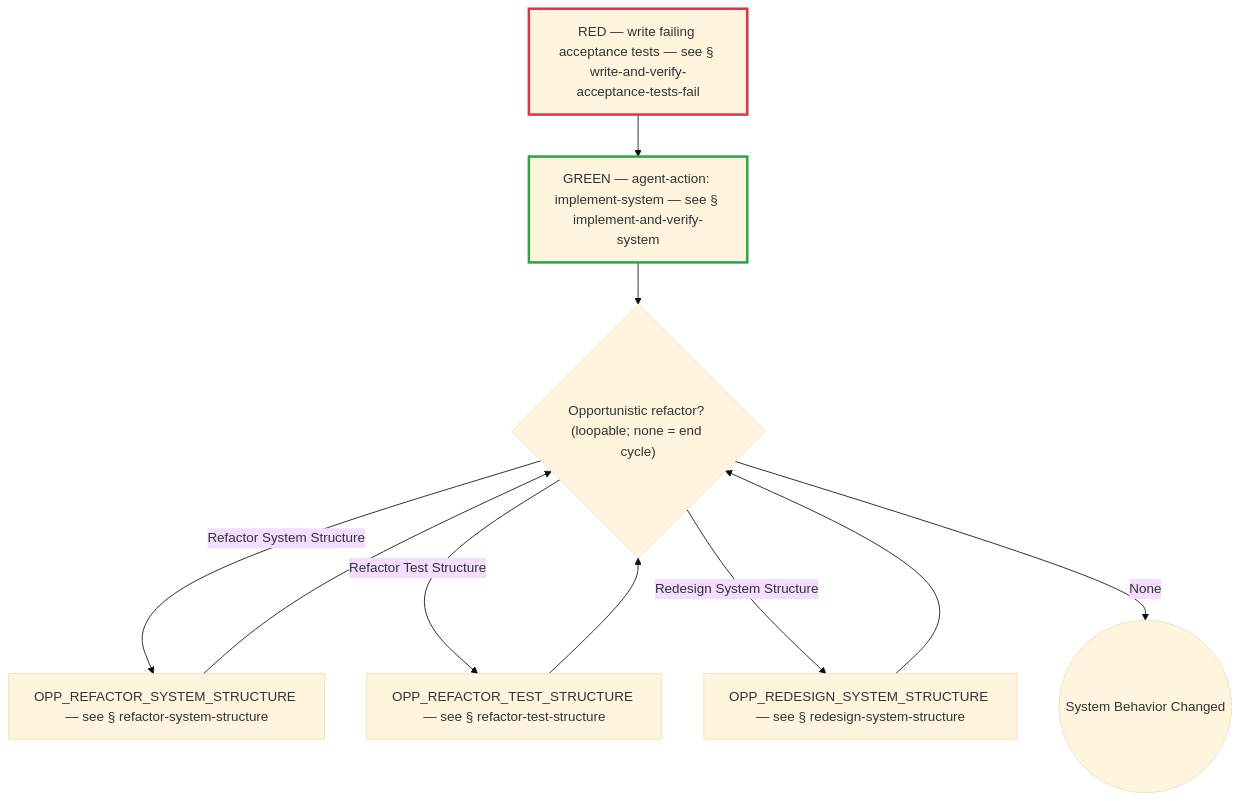
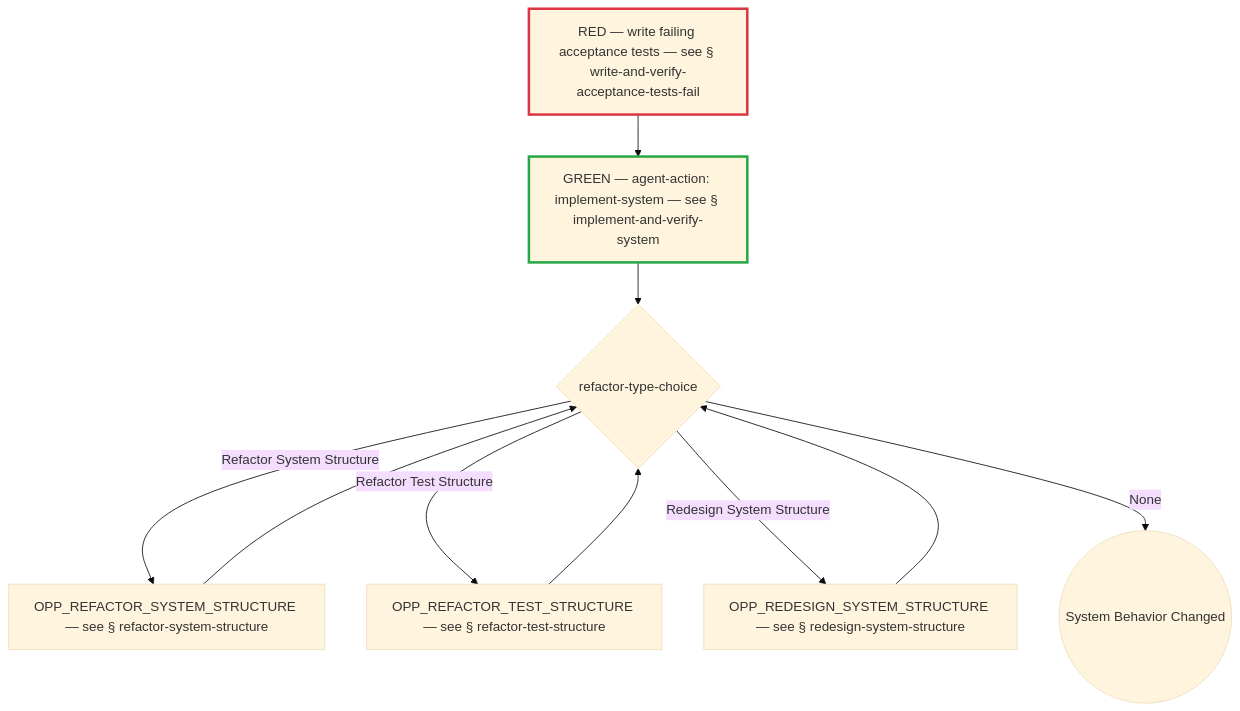
The eighth of 50 diagrams in docs/process-diagram.md (optivem/gh-optivem), drawn with Mermaid (base theme) before and after one commit. The commit also changed other lines of this file and 3 other files, not shown here.

````diff
--- a/docs/process-diagram.md
+++ b/docs/process-diagram.md
@@ -195,26 +195,26 @@
 ```mermaid
 flowchart TD
     CHANGE_SYSTEM_BEHAVIOR_END((System Behavior Changed))
-    GATE_OPPORTUNISTIC_REFACTOR{"Opportunistic refactor? (loopable; none = end cycle)"}
+    GATE_OPPORTUNISTIC_REFACTOR{refactor-type-choice}
     IMPLEMENT_AND_VERIFY_SYSTEM[GREEN — agent-action: implement-system — see § implement-and-verify-system]
     OPP_REDESIGN_SYSTEM_STRUCTURE[OPP_REDESIGN_SYSTEM_STRUCTURE — see § redesign-system-structure]
     OPP_REFACTOR_SYSTEM_STRUCTURE[OPP_REFACTOR_SYSTEM_STRUCTURE — see § refactor-system-structure]
     OPP_REFACTOR_TEST_STRUCTURE[OPP_REFACTOR_TEST_STRUCTURE — see § refactor-test-structure]
     WRITE_AND_VERIFY_ACCEPTANCE_TESTS_FAIL[RED — write failing acceptance tests — see § write-and-verify-acceptance-tests-fail]
 
     WRITE_AND_VERIFY_ACCEPTANCE_TESTS_FAIL --> IMPLEMENT_AND_VERIFY_SYSTEM
     IMPLEMENT_AND_VERIFY_SYSTEM --> GATE_OPPORTUNISTIC_REFACTOR
     GATE_OPPORTUNISTIC_REFACTOR -- Refactor System Structure --> OPP_REFACTOR_SYSTEM_STRUCTURE
     GATE_OPPORTUNISTIC_REFACTOR -- Refactor Test Structure --> OPP_REFACTOR_TEST_STRUCTURE
     GATE_OPPORTUNISTIC_REFACTOR -- Redesign System Structure --> OPP_REDESIGN_SYSTEM_STRUCTURE
     GATE_OPPORTUNISTIC_REFACTOR -- None --> CHANGE_SYSTEM_BEHAVIOR_END
     OPP_REFACTOR_SYSTEM_STRUCTURE --> GATE_OPPORTUNISTIC_REFACTOR
     OPP_REFACTOR_TEST_STRUCTURE --> GATE_OPPORTUNISTIC_REFACTOR
     OPP_REDESIGN_SYSTEM_STRUCTURE --> GATE_OPPORTUNISTIC_REFACTOR
 
     classDef tddRedNode stroke:#dc3545,stroke-width:3px
     class WRITE_AND_VERIFY_ACCEPTANCE_TESTS_FAIL tddRedNode
 
     classDef tddGreenNode stroke:#28a745,stroke-width:3px
     class IMPLEMENT_AND_VERIFY_SYSTEM tddGreenNode
 ```
````
